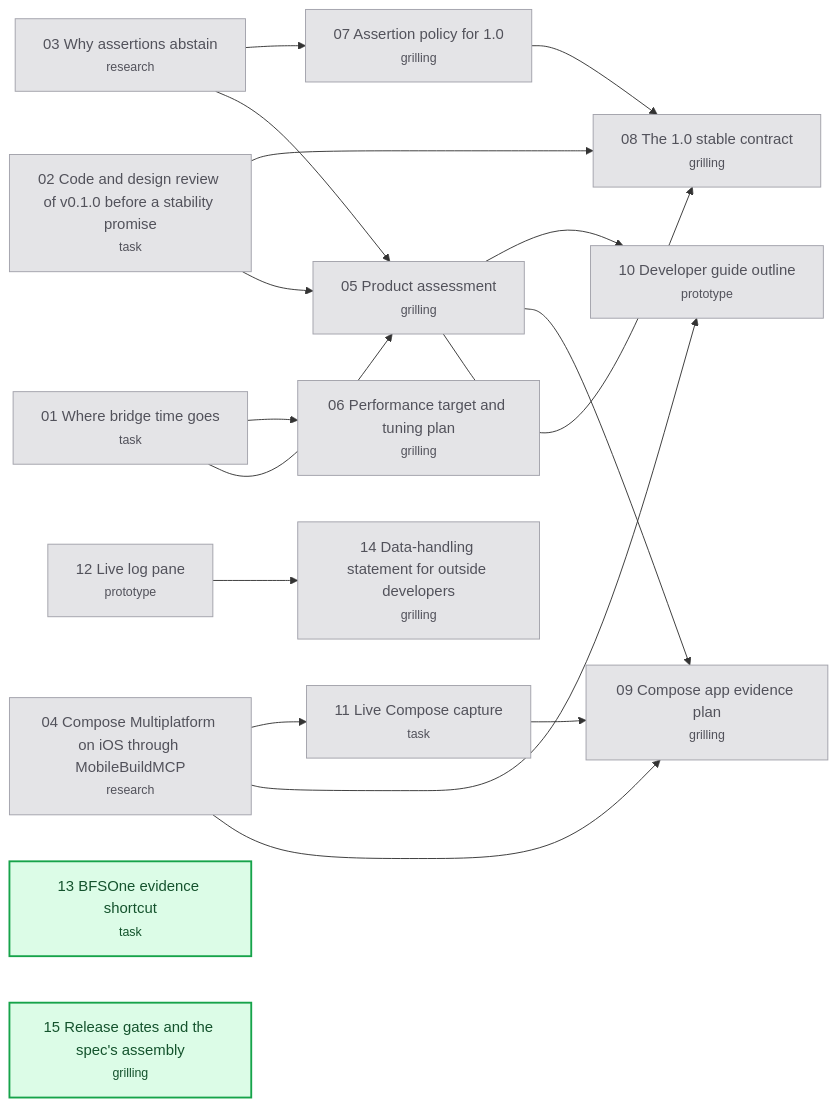
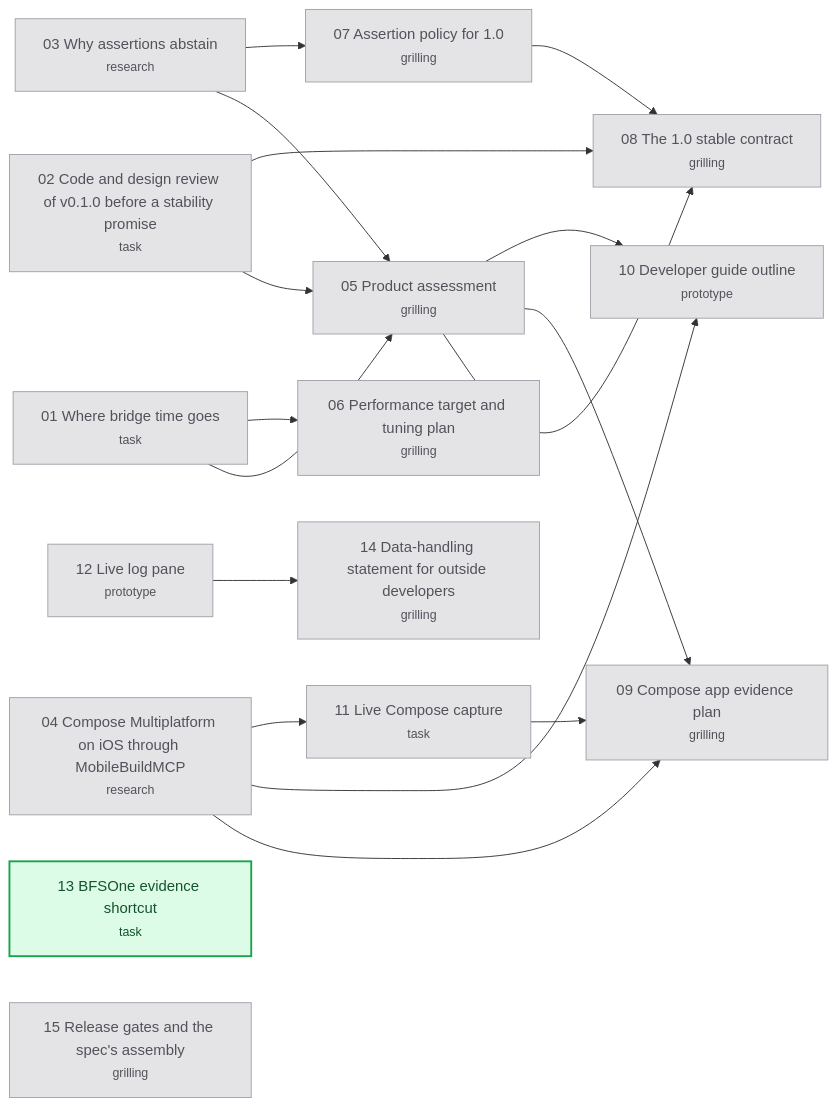
The diagram in .scratch/v1-release/map.md (hugues-vnsgn/jev-ios-bridge), drawn with Mermaid before and after one commit. The commit also changed other lines of this file and 4 other files, not shown here.

````diff
--- a/.scratch/v1-release/map.md
+++ b/.scratch/v1-release/map.md
@@ -50,39 +53,39 @@
 ```mermaid
 flowchart LR
     T01["01 Where bridge time goes<br/><small>task</small>"]
     T02["02 Code and design review of v0.1.0 before a stability promise<br/><small>task</small>"]
     T03["03 Why assertions abstain<br/><small>research</small>"]
     T04["04 Compose Multiplatform on iOS through MobileBuildMCP<br/><small>research</small>"]
     T05["05 Product assessment<br/><small>grilling</small>"]
     T06["06 Performance target and tuning plan<br/><small>grilling</small>"]
     T07["07 Assertion policy for 1.0<br/><small>grilling</small>"]
     T08["08 The 1.0 stable contract<br/><small>grilling</small>"]
     T09["09 Compose app evidence plan<br/><small>grilling</small>"]
     T10["10 Developer guide outline<br/><small>prototype</small>"]
     T11["11 Live Compose capture<br/><small>task</small>"]
     T12["12 Live log pane<br/><small>prototype</small>"]
     T13["13 BFSOne evidence shortcut<br/><small>task</small>"]
     T14["14 Data-handling statement for outside developers<br/><small>grilling</small>"]
     T15["15 Release gates and the spec's assembly<br/><small>grilling</small>"]
     T01 --> T05
     T02 --> T05
     T03 --> T05
     T01 --> T06
     T03 --> T07
     T02 --> T08
     T05 --> T08
     T07 --> T08
     T04 --> T09
     T05 --> T09
     T11 --> T09
     T04 --> T10
     T05 --> T10
     T04 --> T11
     T12 --> T14
     classDef resolved fill:#e4e4e7,stroke:#a1a1aa,color:#52525b
     classDef claimed fill:#dbeafe,stroke:#2563eb,color:#1e3a8a
     classDef frontier fill:#dcfce7,stroke:#16a34a,color:#14532d,stroke-width:2px
     classDef blocked fill:#ffffff,stroke:#a1a1aa,color:#18181b
-    class T01,T02,T03,T04,T05,T06,T07,T08,T09,T10,T11,T12,T14 resolved
-    class T13,T15 frontier
+    class T01,T02,T03,T04,T05,T06,T07,T08,T09,T10,T11,T12,T14,T15 resolved
+    class T13 frontier
 ```
````
